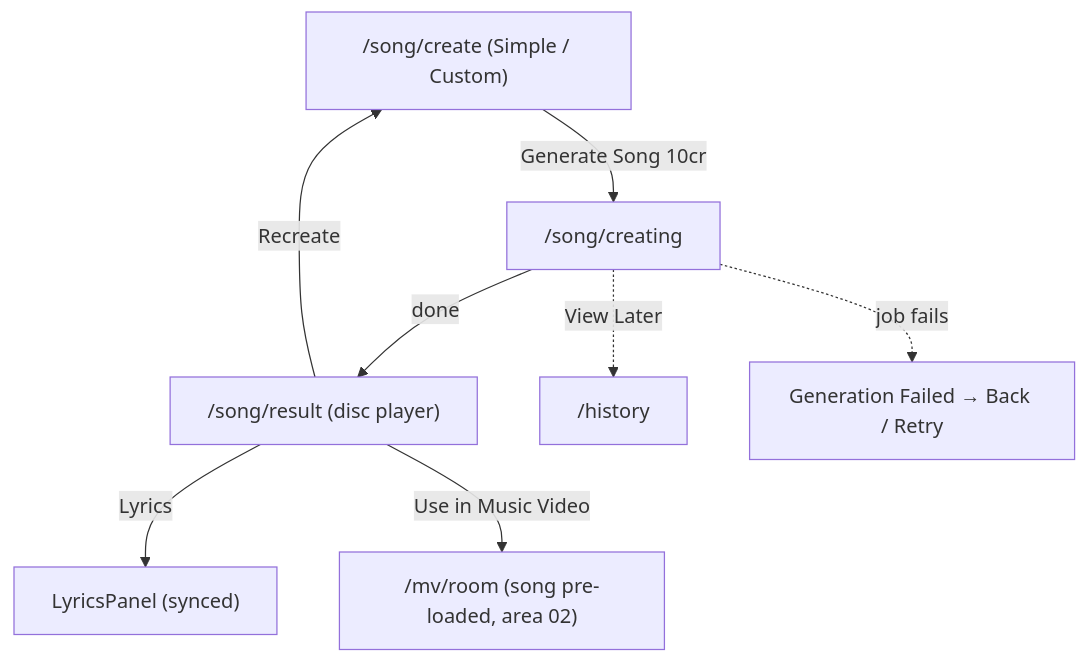
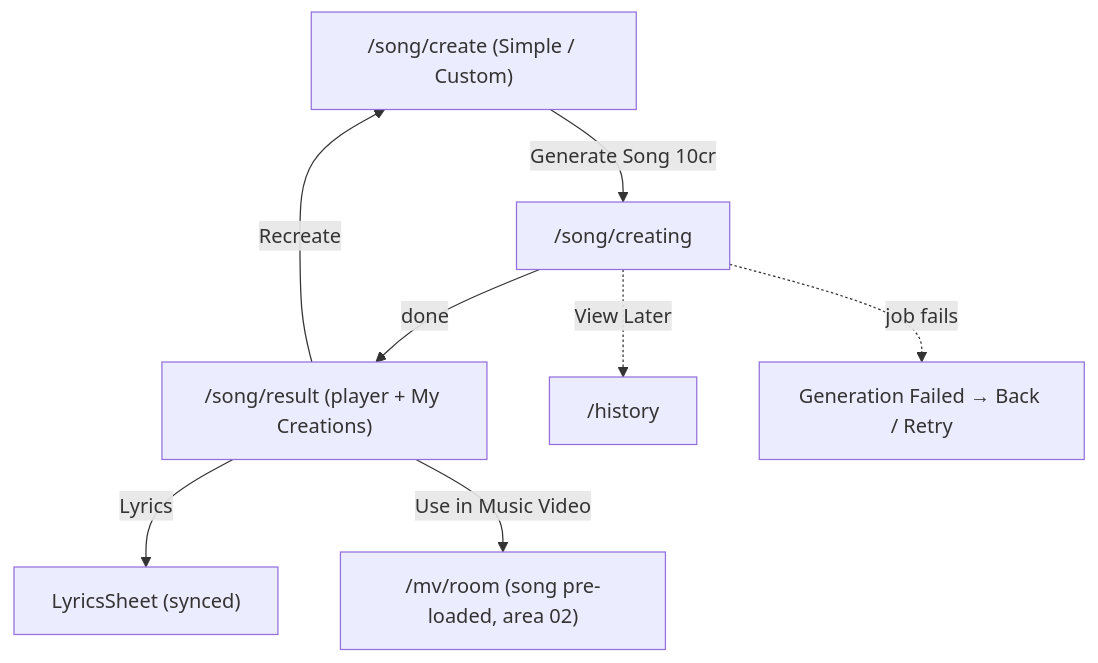
The diagram in web-app/specs/areas/03-song-creation.md (pft-JasonChen/musemv-ai), drawn with Mermaid before and after one commit. The commit also changed other lines of this file and 7 other files, not shown here.

````diff
--- a/web-app/specs/areas/03-song-creation.md
+++ b/web-app/specs/areas/03-song-creation.md
@@ -154,10 +196,10 @@
 ```mermaid
 flowchart TD
   Create["/song/create (Simple / Custom)"] -->|Generate Song 10cr| Creating["/song/creating"]
-  Creating -->|done| Result["/song/result (disc player)"]
-  Result -->|Lyrics| Sheet["LyricsPanel (synced)"]
+  Creating -->|done| Result["/song/result (player + My Creations)"]
+  Result -->|Lyrics| Sheet["LyricsSheet (synced)"]
   Result -->|Use in Music Video| Room["/mv/room (song pre-loaded, area 02)"]
   Result -->|Recreate| Create
   Creating -.View Later.-> Hist["/history"]
   Creating -.->|job fails| Err["Generation Failed → Back / Retry"]
 ```
````
